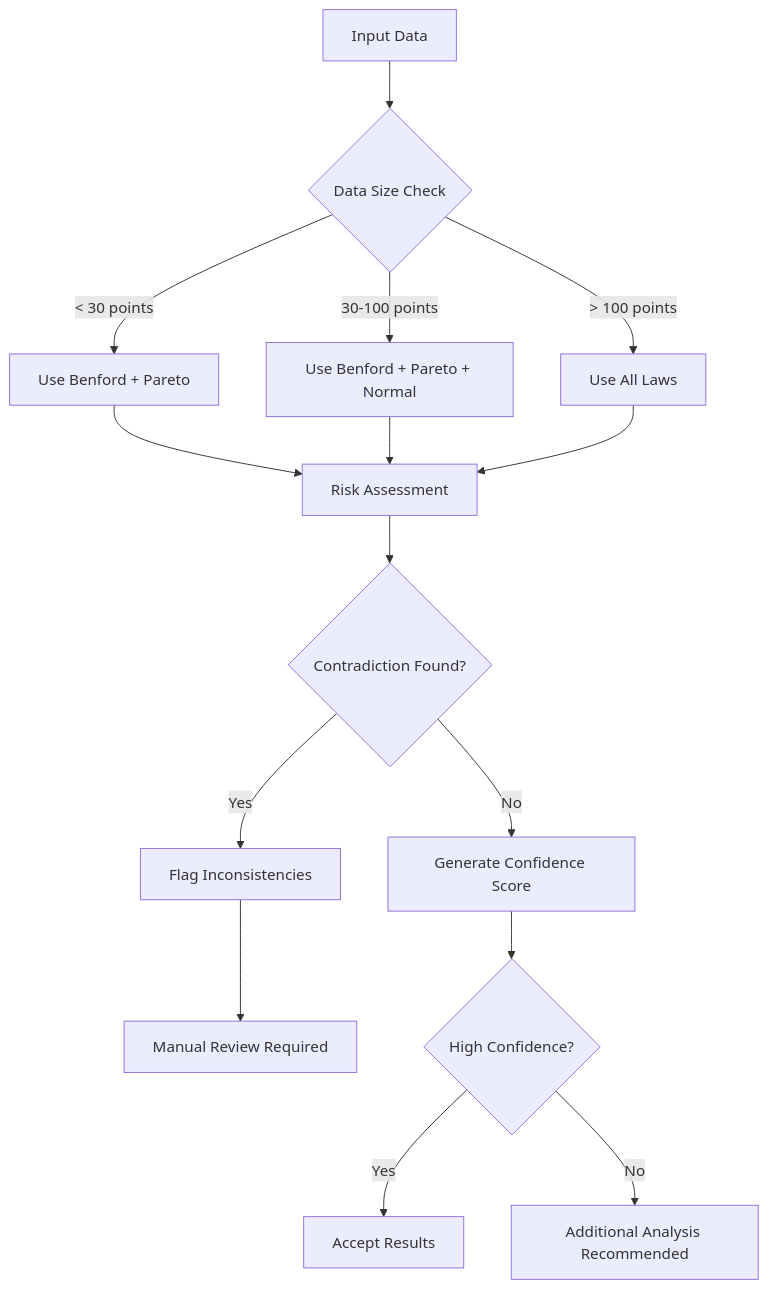
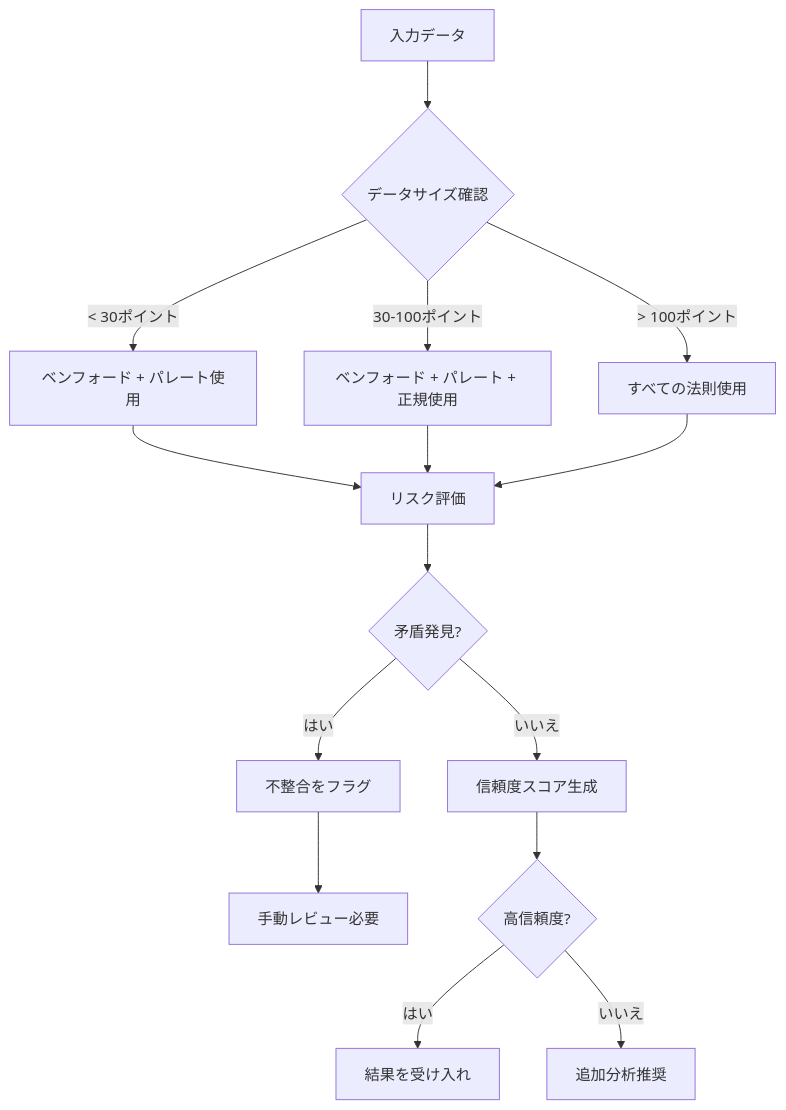
One commit to kako-jun/lawkit changed the diagram in docs/user-guide/usage_ja.md. Above: the diagram before and after it, drawn with Mermaid. The commit also changed other lines of this file and 9 other files, not shown here.

````diff
--- a/docs/user-guide/usage_ja.md
+++ b/docs/user-guide/usage_ja.md
@@ -329,21 +329,21 @@
 ```mermaid
 flowchart TD
-    A[Input Data] --> B{Data Size Check}
-    B -->|< 30 points| C[Use Benford + Pareto]
-    B -->|30-100 points| D[Use Benford + Pareto + Normal]
-    B -->|> 100 points| E[Use All Laws]
+    A[入力データ] --> B{データサイズ確認}
+    B -->|< 30ポイント| C[ベンフォード + パレート使用]
+    B -->|30-100ポイント| D[ベンフォード + パレート + 正規使用]
+    B -->|> 100ポイント| E[すべての法則使用]
     
-    C --> F[Risk Assessment]
+    C --> F[リスク評価]
     D --> F
     E --> F
     
-    F --> G{Contradiction Found?}
-    G -->|Yes| H[Flag Inconsistencies]
-    G -->|No| I[Generate Confidence Score]
+    F --> G{矛盾発見?}
+    G -->|はい| H[不整合をフラグ]
+    G -->|いいえ| I[信頼度スコア生成]
     
-    H --> J[Manual Review Required]
-    I --> K{High Confidence?}
-    K -->|Yes| L[Accept Results]
-    K -->|No| M[Additional Analysis Recommended]
+    H --> J[手動レビュー必要]
+    I --> K{高信頼度?}
+    K -->|はい| L[結果を受け入れ]
+    K -->|いいえ| M[追加分析推奨]
     
 ```
````
